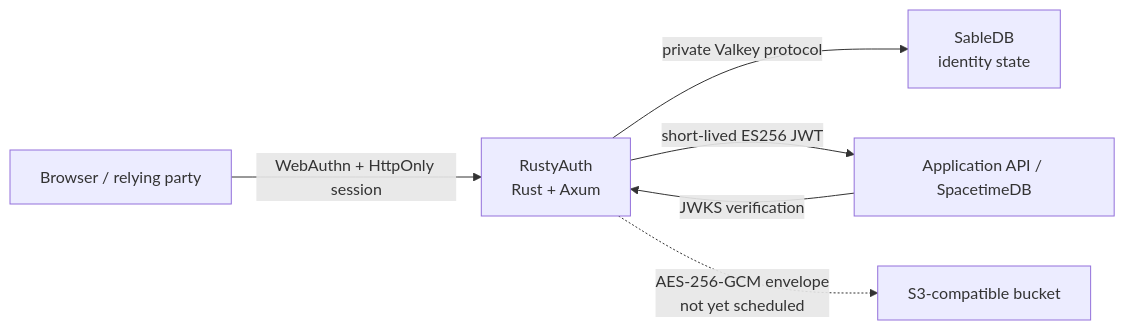
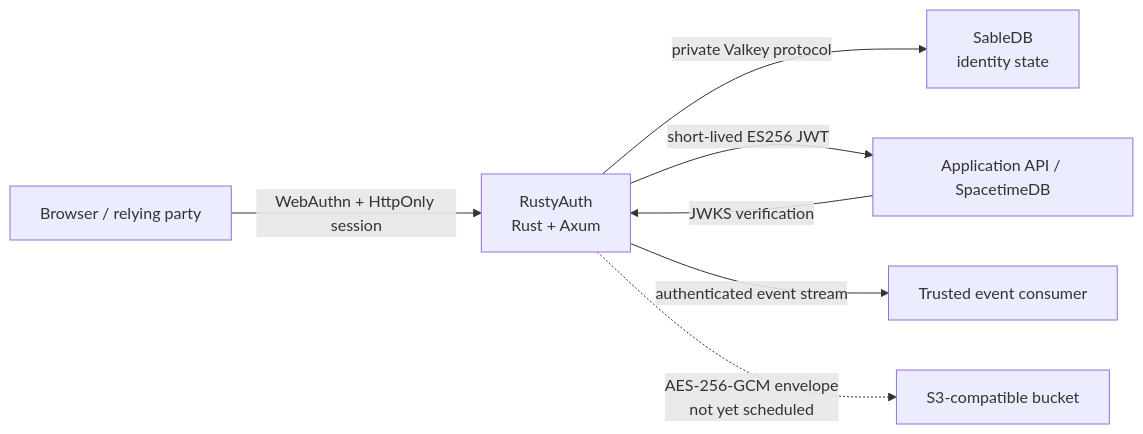
Before and after one commit to rusty-auth/rustyauth: the diagram in README.md, drawn with Mermaid. The commit also changed other lines of this file and 27 other files, not shown here.

Commit message:
feat: add authenticated grpc event stream

````diff
--- a/README.md
+++ b/README.md
@@ -58,8 +58,9 @@
 ```mermaid
 flowchart LR
     Browser["Browser / relying party"] -->|"WebAuthn + HttpOnly session"| Auth["RustyAuth\nRust + Axum"]
     Auth -->|"private Valkey protocol"| Sable["SableDB\nidentity state"]
     Auth -->|"short-lived ES256 JWT"| API["Application API / SpacetimeDB"]
     API -->|"JWKS verification"| Auth
+    Auth -->|"authenticated event stream"| Events["Trusted event consumer"]
     Auth -.->|"AES-256-GCM envelope\nnot yet scheduled"| Bucket["S3-compatible bucket"]
 ```
````
